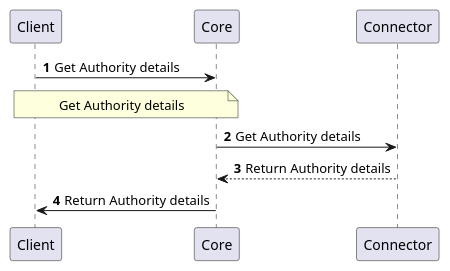
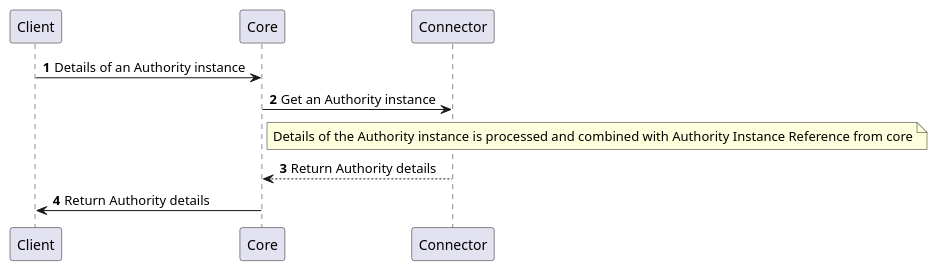
The second of 7 diagrams in docs/12-connectors/05-description/25-authority-provider-v2.md (CZERTAINLY/CZERTAINLY-Documentation), drawn with PlantUML before and after one commit. The commit also changed other lines of this file and 8 other files, not shown here.

First line of the commit message:
Update description of plantuml diagrams on the providers

````diff
--- a/docs/12-connectors/05-description/25-authority-provider-v2.md
+++ b/docs/12-connectors/05-description/25-authority-provider-v2.md
@@ -53,11 +45,11 @@
 ```plantuml
     @startuml
     autonumber
     skinparam topurl https://docs.czertainly.com/api/
-        Client -> Core [[core-authority/#tag/Authority-Management-API/operation/getAuthorityInstance]]: Get Authority details
-        note over Client,Core: Get Authority details
-        Core -> Connector [[connector-authority-provider-v2/#tag/Authority-Management-API/operation/getAuthorityInstance]]: Get Authority details
+        Client -> Core [[core-authority/#tag/Authority-Management-API/operation/getAuthorityInstance]]: Details of an Authority instance
+        Core -> Connector [[connector-authority-provider-v2/#tag/Authority-Management-API/operation/getAuthorityInstance]]: Get an Authority instance
+        note right of Core: Details of the Authority instance is processed and combined with Authority Instance Reference from core
         Connector --> Core: Return Authority details
         Core -> Client: Return Authority details
     @enduml
 ```
````
